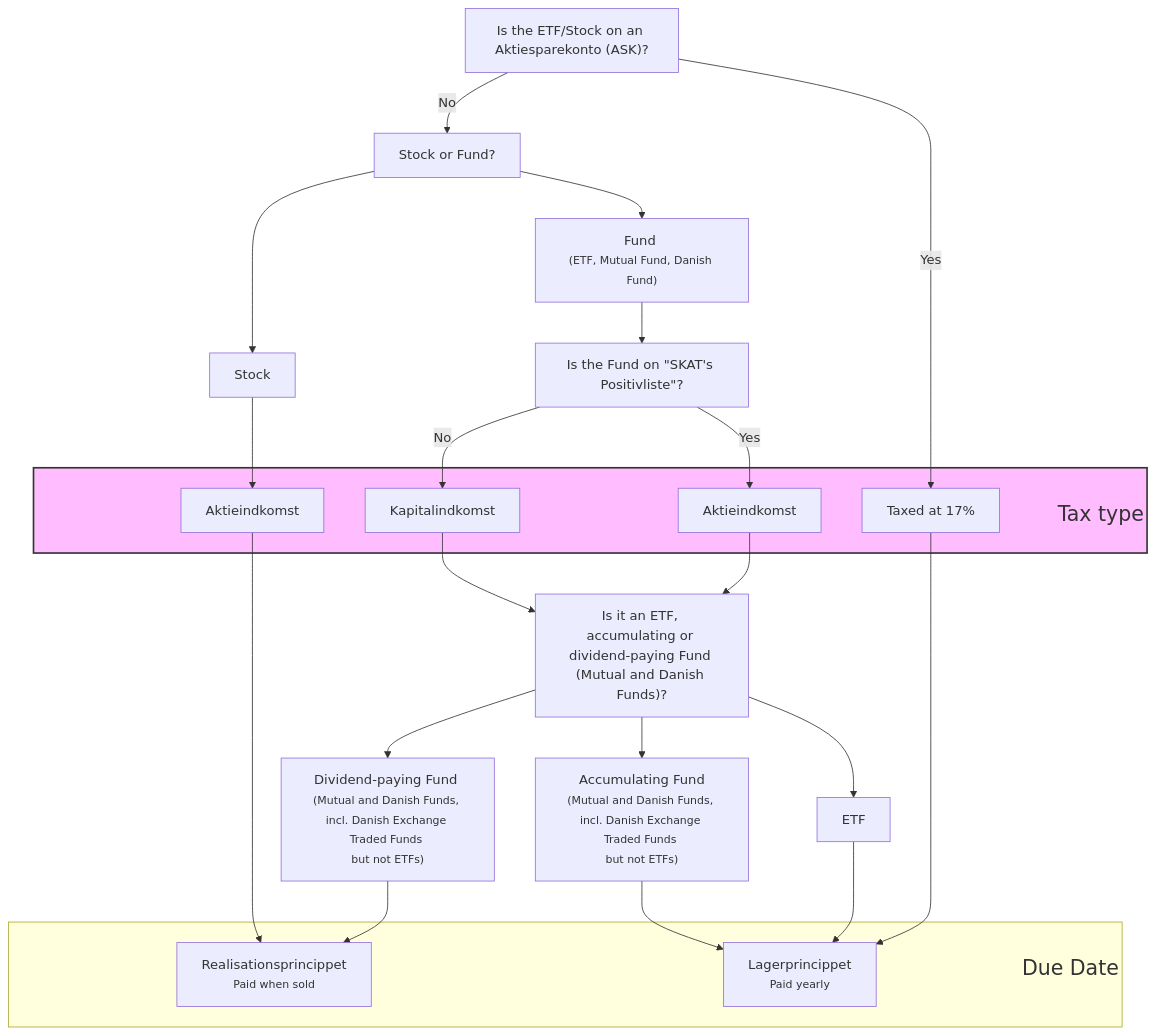
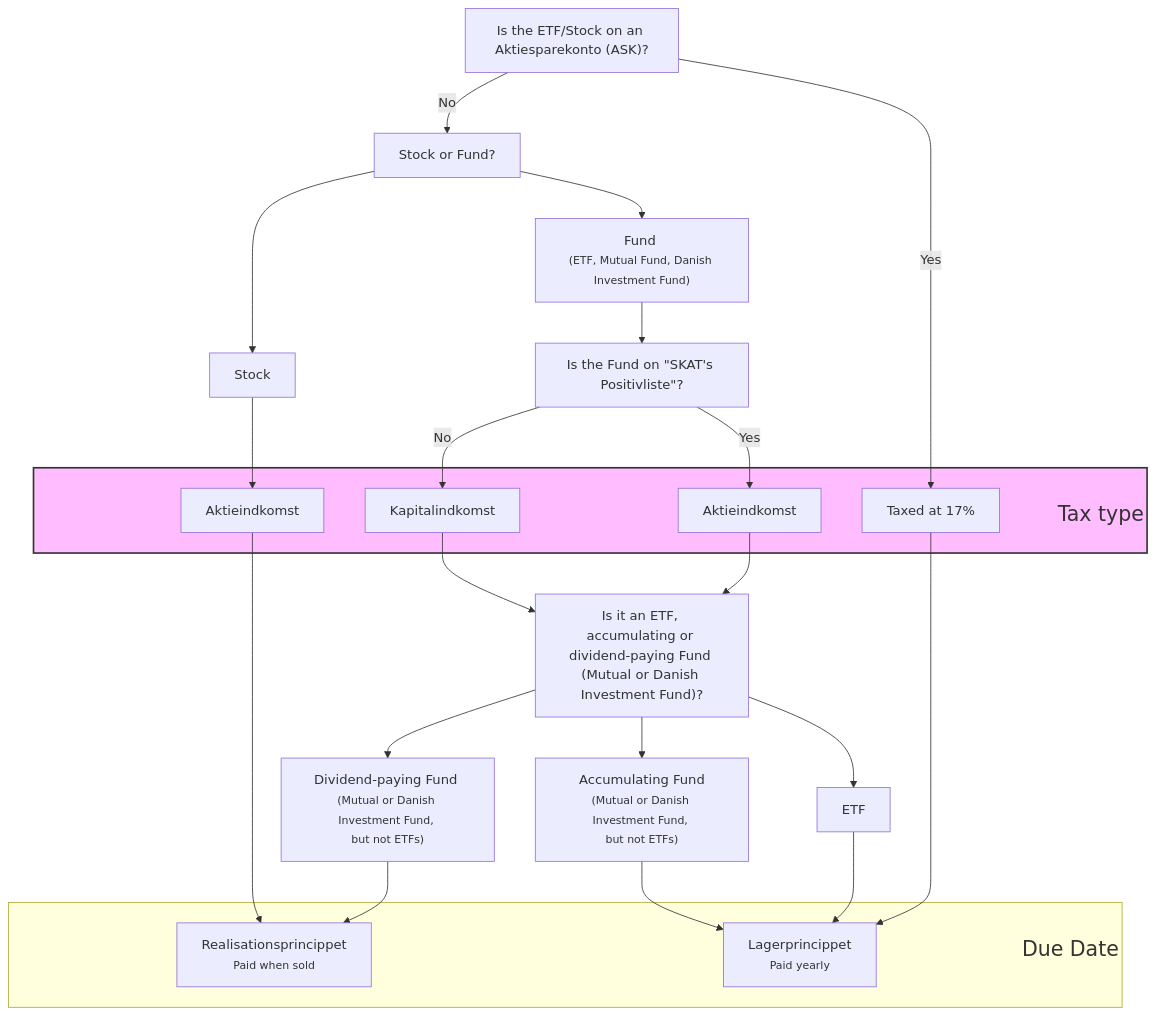
The diagram in docs/6. Taxes.md (dk-invest-101/dk-invest-101.github.io), drawn with Mermaid before and after one commit. The commit also changed other lines of this file and 14 other files, not shown here.

````diff
--- a/docs/6. Taxes.md
+++ b/docs/6. Taxes.md
@@ -41,45 +43,45 @@
 ```mermaid
 flowchart TB
     A["Is the ETF/Stock on an Aktiesparekonto (ASK)?"]
     A --> |Yes|C["Taxed at 17%"]
     A --> |No|B["Stock or Fund?"]
     B --> E["`Stock`"]
-    B --> D["Fund <br/><small>(ETF, Mutual Fund, Danish Fund)</small>"]
+    B --> D["Fund <br/><small>(ETF, Mutual Fund, Danish Investment Fund)</small>"]
     D --> F["Is the Fund on #quot;SKAT's Positivliste#quot;?"]
     F --> |Yes|H["Aktieindkomst"]
     F --> |No|G["Kapitalindkomst"]
 
     E --> I["Aktieindkomst"]
 
     subgraph X["Tax type"]
         C
         G
         H
         I
     end
 
     L["Realisationsprincippet<br/><small>Paid when sold</small>"]
     K["Lagerprincippet<br/><small>Paid yearly</small>"]
 I --> L
-    G & H --> Q1["Is it an ETF, accumulating or dividend-paying Fund (Mutual and Danish Funds)?"]
-    Q1 --> Q2["Accumulating Fund<br/><small>(Mutual and Danish Funds, incl. Danish Exchange Traded Funds </br>but not ETFs)</small>"]
+    G & H --> Q1["Is it an ETF, accumulating or dividend-paying Fund (Mutual or Danish Investment Fund)?"]
+    Q1 --> Q2["Accumulating Fund<br/><small>(Mutual or Danish Investment Fund, </br>but not ETFs)</small>"]
     Q1 --> Q3[ETF]
-    Q1 --> Q4["Dividend-paying Fund <br/><small>(Mutual and Danish Funds, incl. Danish Exchange Traded Funds </br>but not ETFs)</small>"]
+    Q1 --> Q4["Dividend-paying Fund <br/><small>(Mutual or Danish Investment Fund, </br>but not ETFs)</small>"]
     Q2 --> K
     Q3 --> K
     Q4 --> L
 
     C --> K
 
     subgraph Z["Due Date"]
         L
         K
     end
 
 
     style X fill:#ffbcff,stroke:#333,stroke-width:2px;
 
     classDef title font-size:25px, text-align:right, margin-right: 1350px, margin-left: 20px;
     class X,Z title;
 
 ```
````
